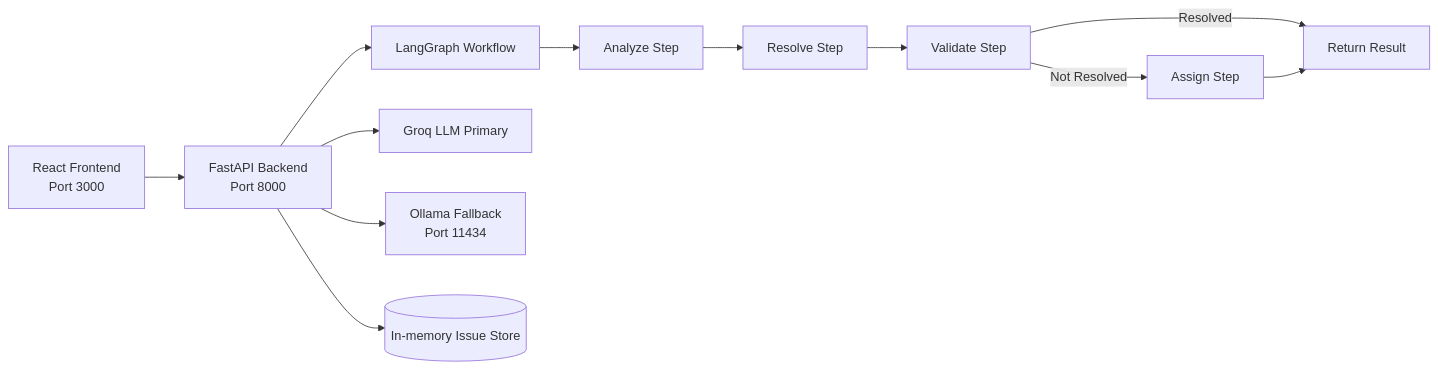
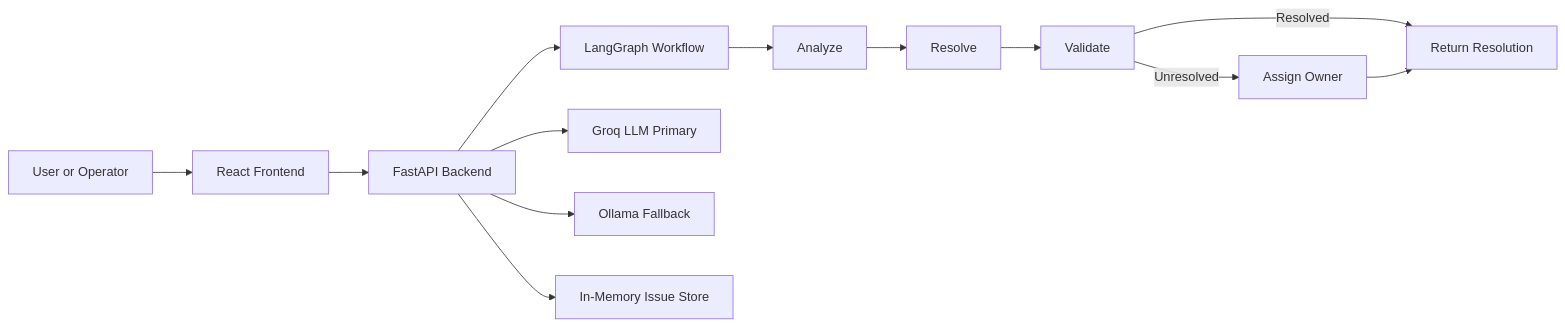
Before and after one commit to drdeveloper88/incident-autopilot: the diagram in README.md, drawn with Mermaid. The commit also changed other lines of this file, not shown here.

````diff
--- a/README.md
+++ b/README.md
@@ -48,17 +28,17 @@
 ```mermaid
 flowchart LR
-    UI[React Frontend\nPort 3000] --> API[FastAPI Backend\nPort 8000]
+    User[User or Operator] --> UI[React Frontend]
+    UI --> API[FastAPI Backend]
+    API --> WF[LangGraph Workflow]
 
-    API --> WF[LangGraph Workflow]
-    WF --> A[Analyze Step]
-    A --> R[Resolve Step]
-    R --> V[Validate Step]
-    V -->|Resolved| END[Return Result]
-    V -->|Not Resolved| ASG[Assign Step]
-    ASG --> END
+    WF --> A[Analyze]
+    A --> R[Resolve]
+    R --> V[Validate]
+    V -->|Resolved| Result[Return Resolution]
+    V -->|Unresolved| Assign[Assign Owner]
+    Assign --> Result
 
-    API --> LLM1[Groq LLM Primary]
-    API --> LLM2[Ollama Fallback\nPort 11434]
-
-    API --> MEM[(In-memory Issue Store)]
+    API --> Groq[Groq LLM Primary]
+    API --> Ollama[Ollama Fallback]
+    API --> Store[In-Memory Issue Store]
 ```
````
